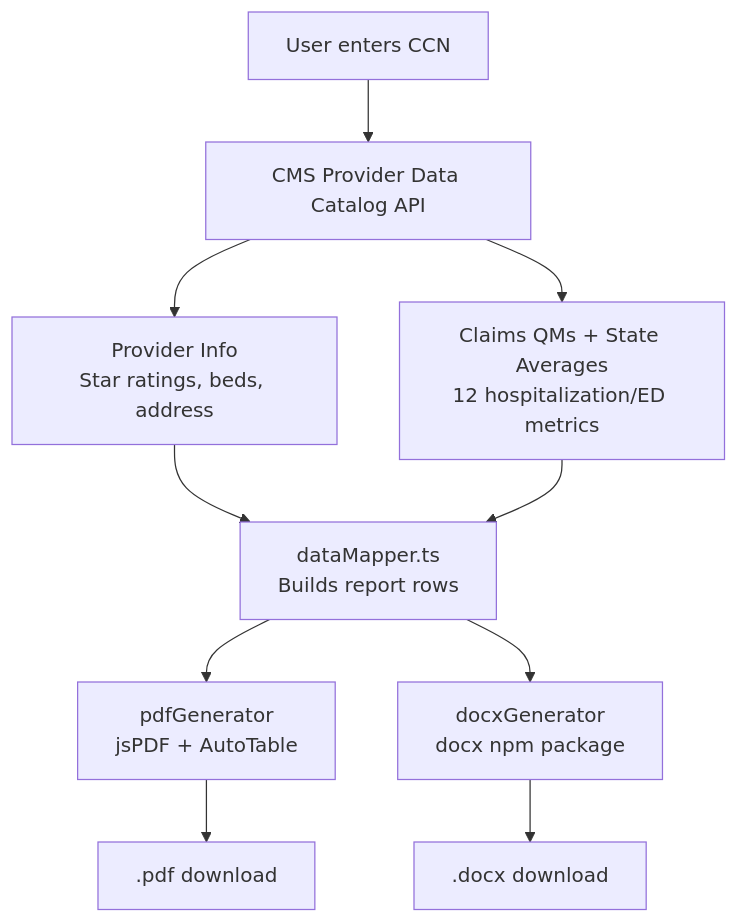
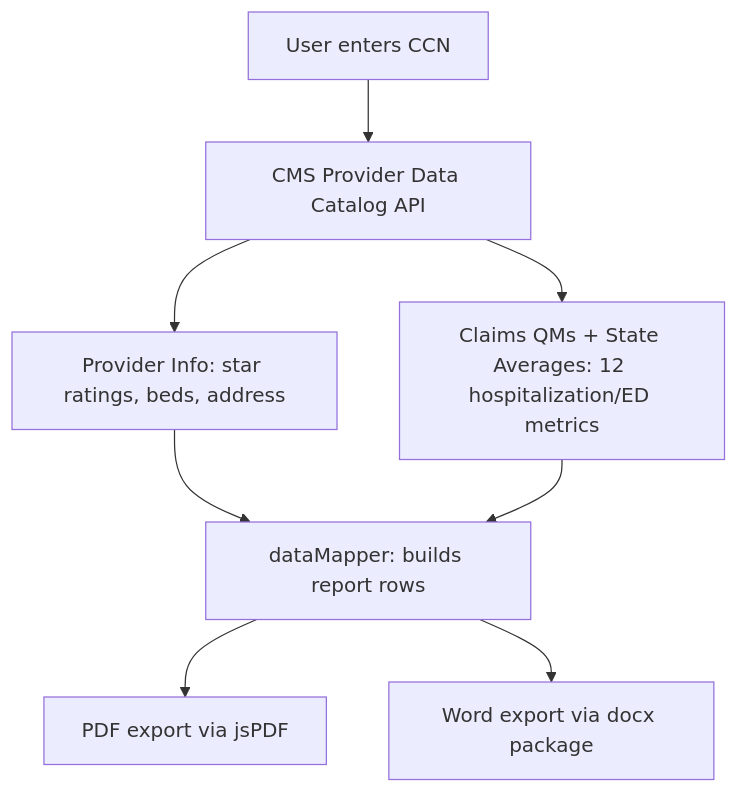
The diagram in README.md (prasad0411/facility-assessment-generator), drawn with Mermaid before and after one commit. The commit also changed other lines of this file, not shown here.

````diff
--- a/README.md
+++ b/README.md
@@ -65,12 +107,10 @@
 ```mermaid
 flowchart TD
     A[User enters CCN] --> B[CMS Provider Data Catalog API]
-    B --> C[Provider Info\nStar ratings, beds, address]
-    B --> D[Claims QMs + State Averages\n12 hospitalization/ED metrics]
-    C --> E[dataMapper.ts\nBuilds report rows]
+    B --> C[Provider Info: star ratings, beds, address]
+    B --> D[Claims QMs + State Averages: 12 hospitalization/ED metrics]
+    C --> E[dataMapper: builds report rows]
     D --> E
-    E --> F[pdfGenerator\njsPDF + AutoTable]
-    E --> G[docxGenerator\ndocx npm package]
-    F --> H[.pdf download]
-    G --> I[.docx download]
+    E --> F[PDF export via jsPDF]
+    E --> G[Word export via docx package]
 ```
````
